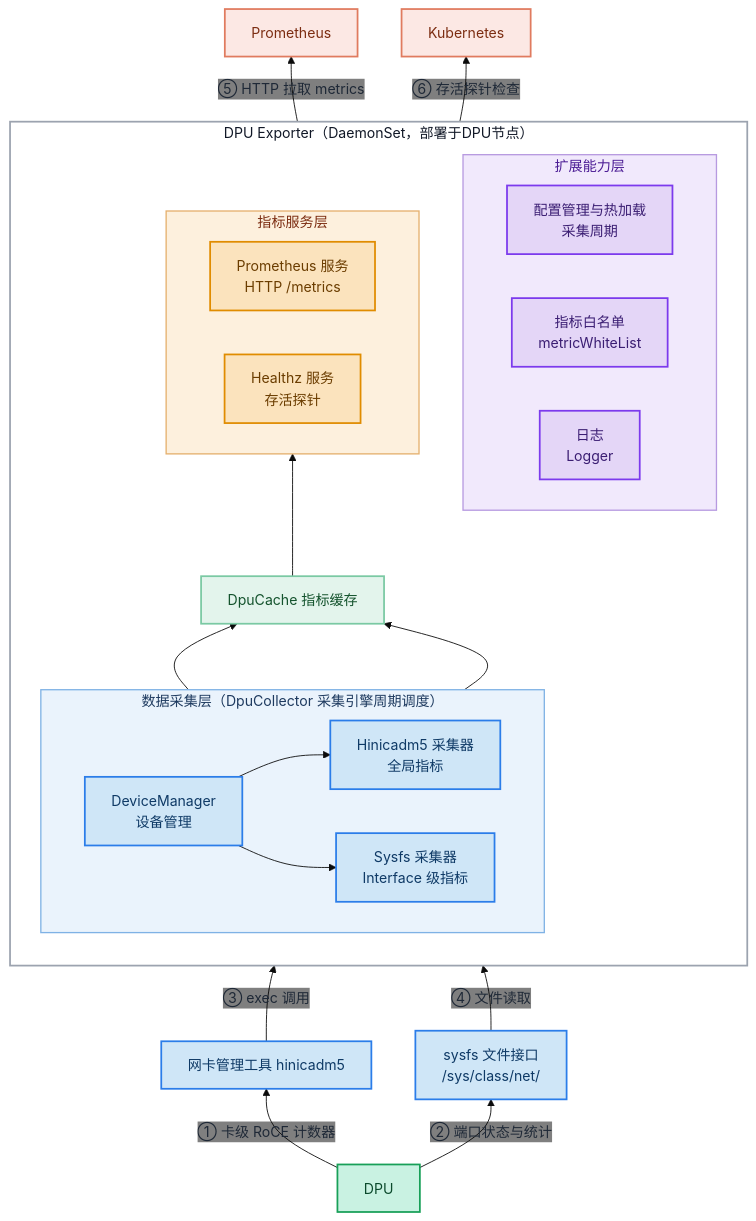
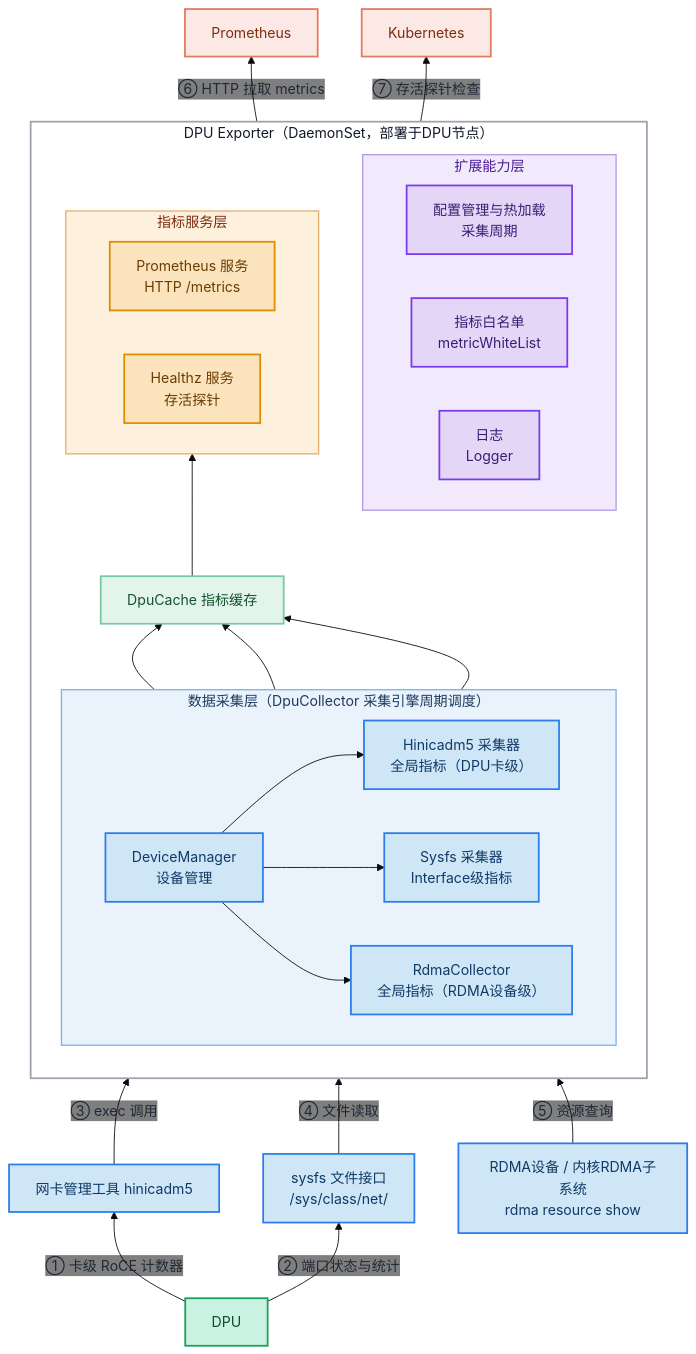
Before and after one commit to Ascend/mind-cluster: the diagram in component/dpu-exporter/README.md, drawn with Mermaid. The commit also changed other lines of this file and 9 other files, not shown here.

````diff
--- a/component/dpu-exporter/README.md
+++ b/component/dpu-exporter/README.md
@@ -51,9 +53,10 @@
     %% ===== 最底层：硬件 =====
     DPU["DPU"]
 
-    %% ===== 数据来源：网卡管理工具与文件接口 =====
+    %% ===== 数据来源：网卡管理工具、文件接口与RDMA子系统 =====
     TOOL["网卡管理工具 hinicadm5"]
     SYS["sysfs 文件接口<br/>/sys/class/net/"]
+    RDMA["RDMA设备 / 内核RDMA子系统<br/>rdma resource show"]
 
     subgraph op["DPU Exporter（DaemonSet，部署于DPU节点）"]
         direction BT
@@ -68,8 +71,9 @@
         subgraph collect["数据采集层（DpuCollector 采集引擎周期调度）"]
             direction LR
             DM["DeviceManager<br/>设备管理"]
-            C1["Hinicadm5 采集器<br/>全局指标"]
-            C2["Sysfs 采集器<br/>Interface 级指标"]
+            C1["Hinicadm5 采集器<br/>全局指标（DPU卡级）"]
+            C2["Sysfs 采集器<br/>Interface级指标"]
+            C3["RdmaCollector<br/>全局指标（RDMA设备级）"]
         end
 
         CACHE["DpuCache 指标缓存"]
@@ -90,13 +94,16 @@
     DPU -->|"② 端口状态与统计"| SYS
     TOOL -->|"③ exec 调用"| DM
     SYS -->|"④ 文件读取"| DM
+    RDMA -->|"⑤ 资源查询"| DM
     DM --> C1
     DM --> C2
+    DM --> C3
     C1 --> CACHE
     C2 --> CACHE
+    C3 --> CACHE
     CACHE --> S1
-    S1 -->|"⑤ HTTP 拉取 metrics"| PROM
-    S2 -->|"⑥ 存活探针检查"| K8S
+    S1 -->|"⑥ HTTP 拉取 metrics"| PROM
+    S2 -->|"⑦ 存活探针检查"| K8S
 
     style op fill:#ffffff,stroke:#9ca3af,stroke-width:2px,color:#111827
     style collect fill:#eaf3fc,stroke:#7fb2e5,stroke-width:1.5px,color:#1e3a5f
@@ -112,9 +119,9 @@
     classDef extension fill:#e4d6f7,stroke:#7c3aed,stroke-width:2px,color:#3b1e73
 
     class DPU hardware
-    class TOOL,SYS upstream
+    class TOOL,RDMA,SYS upstream
     class PROM,K8S downstream
-    class DM,C1,C2 collector
+    class DM,C1,C2,C3 collector
     class S1,S2 server
     class E1,E2,E3 extension
 ```
````
